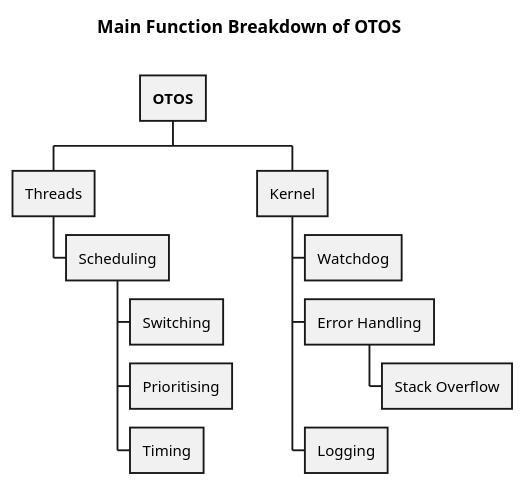
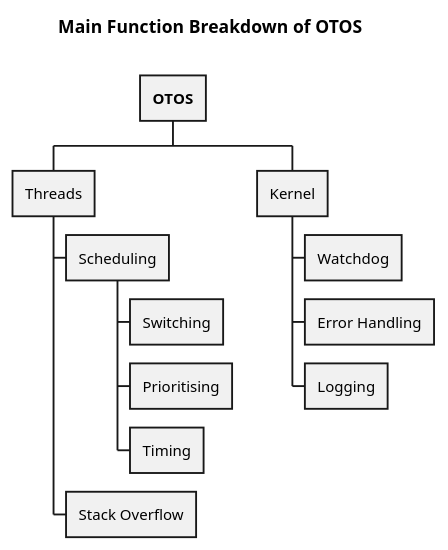
The diagram in doc/UML/WBS_Functions.puml (SebastianOberschwendtner/OTOS), drawn with PlantUML before and after one commit. The commit also changed 2 other files, not shown here.

```diff
--- a/doc/UML/WBS_Functions.puml
+++ b/doc/UML/WBS_Functions.puml
@@ -1,16 +1,17 @@
 @startwbs WBS_Functions
 title Main Function Breakdown of OTOS\n
 
 * **OTOS**
 ** Threads
 *** Scheduling
 **** Switching
 **** Prioritising
 **** Timing
+*** Stack Overflow
+
 ** Kernel
 *** Watchdog
 *** Error Handling
-**** Stack Overflow
 *** Logging
 
 @endwbs
```
